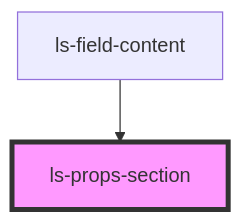
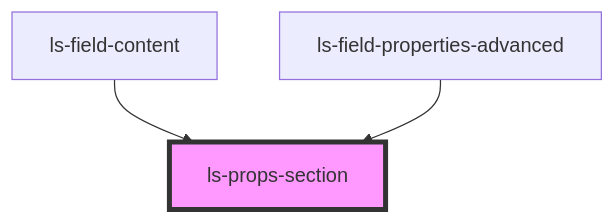
The diagram in src/components/ls-props-section/readme.md (legalesign/ls-document-viewer), drawn with Mermaid before and after one commit. The commit also changed other lines of this file and 31 other files, not shown here.

````diff
--- a/src/components/ls-props-section/readme.md
+++ b/src/components/ls-props-section/readme.md
@@ -24,5 +25,6 @@
 ```mermaid
 graph TD;
   ls-field-content --> ls-props-section
+  ls-field-properties-advanced --> ls-props-section
   style ls-props-section fill:#f9f,stroke:#333,stroke-width:4px
 ```
````
